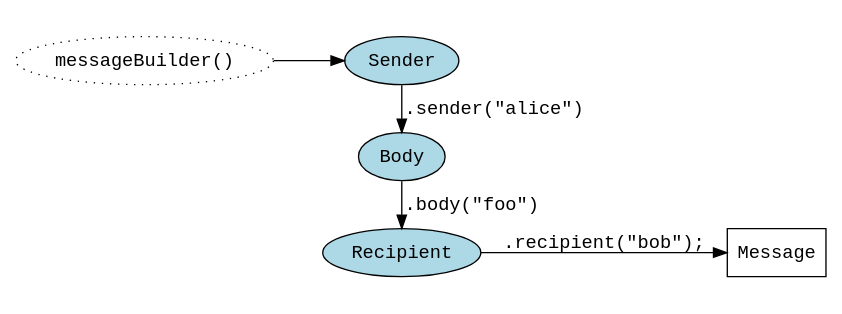
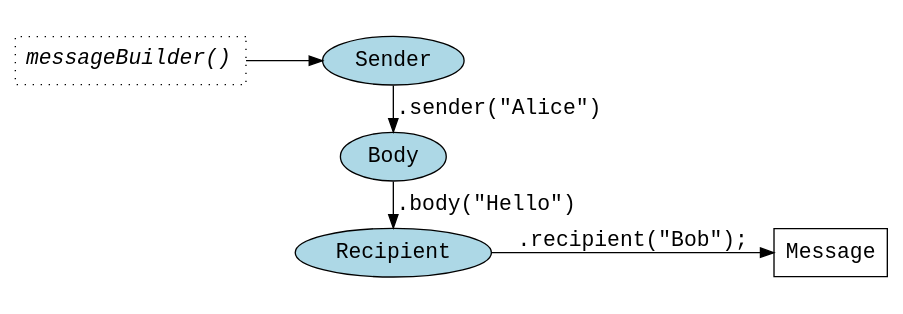
One commit to jbock-java/zerobuilder changed the diagram in dot/graph.dot. Above: the diagram before and after it, drawn with Graphviz. The commit also changed 1 other file, not shown here.

```diff
--- a/dot/graph.dot
+++ b/dot/graph.dot
@@ -1,21 +1,21 @@
 digraph G {
   rankdir = LR;
   graph [fontname = "courier"];
-  node [fontname = "courier"];
-  edge [fontname = "courier"];
-  messageBuilder [label="messageBuilder()", shape=ellipse, style=dotted]
+  node [fontname = "courier", fontsize = 16];
+  edge [fontname = "courier", fontsize = 16];
+  messageBuilder [label=<<I>messageBuilder()</I>>, shape=box, style=dotted]
   Message [shape=box]
   subgraph cluster_chain {
     style=filled
     color=white
     Sender [style=filled, fillcolor=lightblue] 
     Body [style=filled, fillcolor=lightblue]
     Recipient [style=filled, fillcolor=lightblue]
     edge[constraint = false]
-    Sender -> Body    [label = "                    .sender(\"alice\")"] 
-    Body -> Recipient [label = "                .body(\"foo\")"]
+    Sender -> Body    [label = "                    .sender(\"Alice\")"] 
+    Body -> Recipient [label = "                  .body(\"Hello\")"]
   }
   messageBuilder -> Sender
   edge [constraint=true]
-  Recipient -> Message [label = ".recipient(\"bob\");"]
+  Recipient -> Message [label = ".recipient(\"Bob\");"]
 }
```
